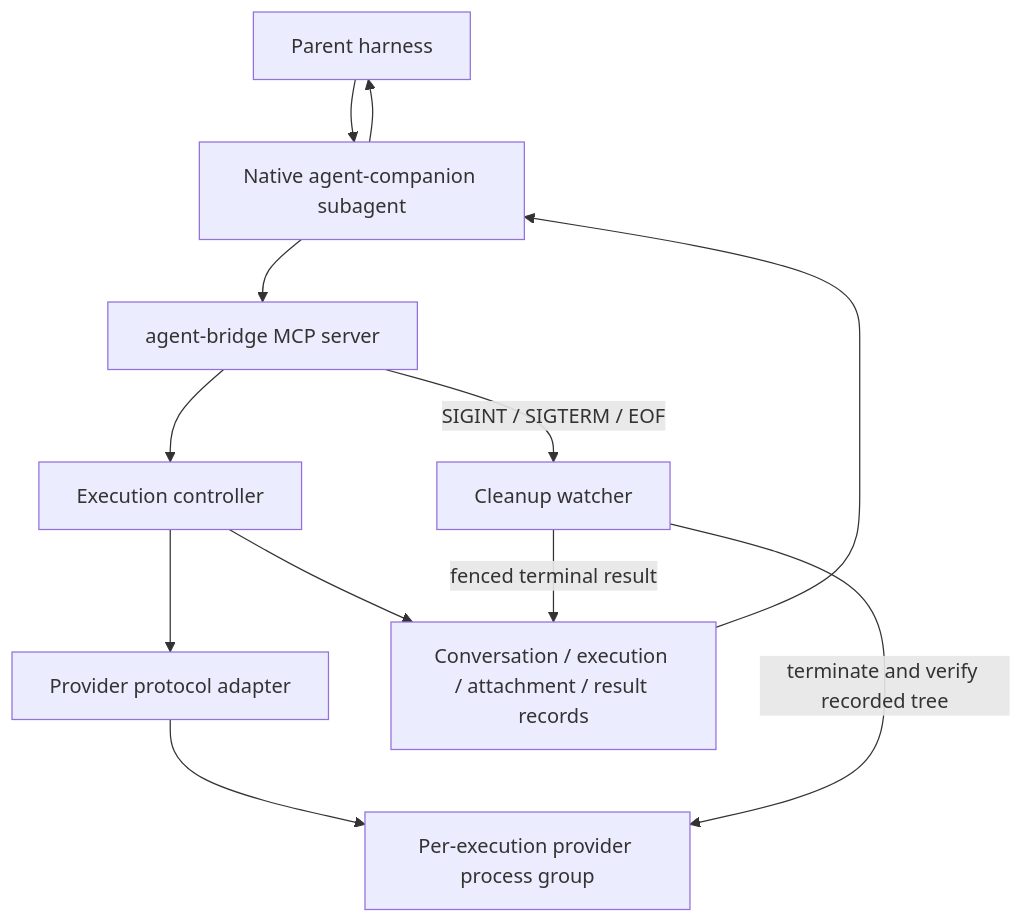
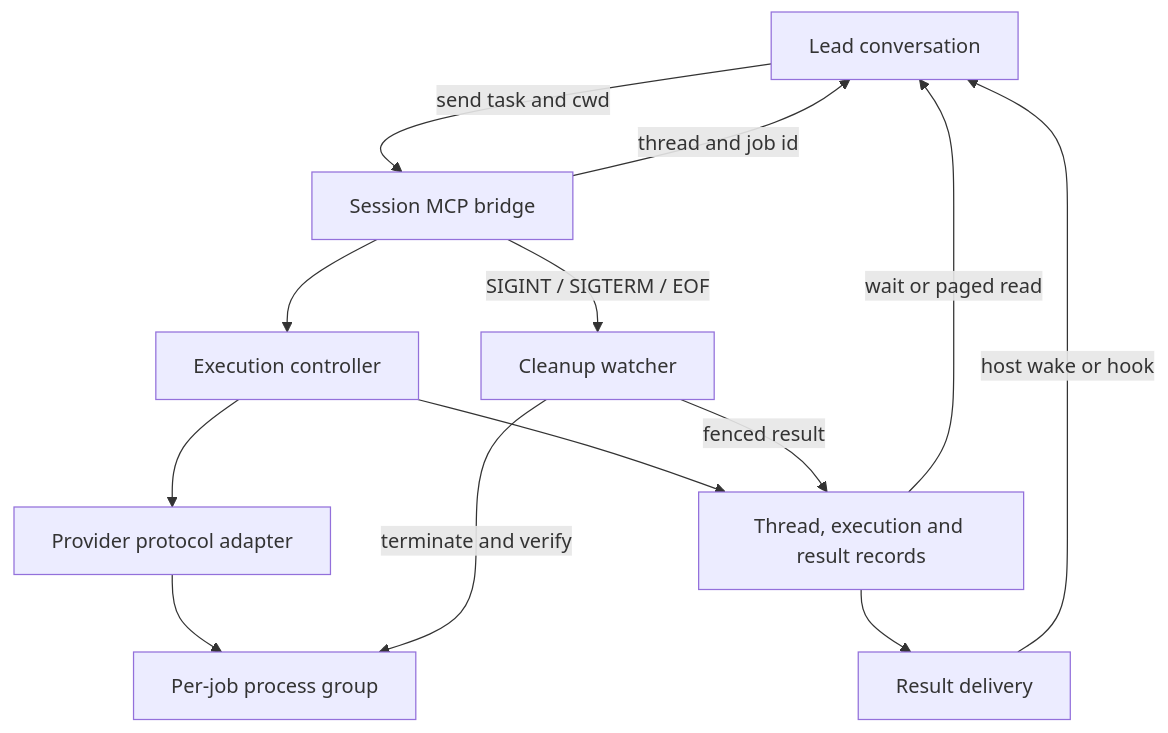
Before and after one commit to thangaram611/agent-companion: the diagram in docs/ARCHITECTURE.md, drawn with Mermaid. The commit also changed other lines of this file and 18 other files, not shown here.

First line of the commit message:
docs(threads): describe the thread contract in every doc and manifest at 0.3.0 and walk each shipped feature, and let setup set how long codex keeps a left conversation loaded

````diff
--- a/docs/ARCHITECTURE.md
+++ b/docs/ARCHITECTURE.md
@@ -36,14 +29,15 @@
 ```mermaid
 flowchart TD
-  Parent[Parent harness] --> Child[Native agent-companion subagent]
-  Child --> Bridge[agent-bridge MCP server]
+  Lead[Lead conversation] -->|send task and cwd| Bridge[Session MCP bridge]
+  Bridge -->|thread and job id| Lead
   Bridge --> Controller[Execution controller]
   Controller --> Adapter[Provider protocol adapter]
-  Adapter --> Provider[Per-execution provider process group]
-  Controller --> Records[Conversation / execution / attachment / result records]
+  Adapter --> Provider[Per-job process group]
+  Controller --> Records[Thread, execution and result records]
+  Records --> Delivery[Result delivery]
+  Delivery -->|host wake or hook| Lead
+  Records -->|wait or paged read| Lead
   Bridge -->|SIGINT / SIGTERM / EOF| Watcher[Cleanup watcher]
-  Watcher -->|terminate and verify recorded tree| Provider
-  Watcher -->|fenced terminal result| Records
-  Records --> Child
-  Child --> Parent
+  Watcher -->|terminate and verify| Provider
+  Watcher -->|fenced result| Records
 ```
````
